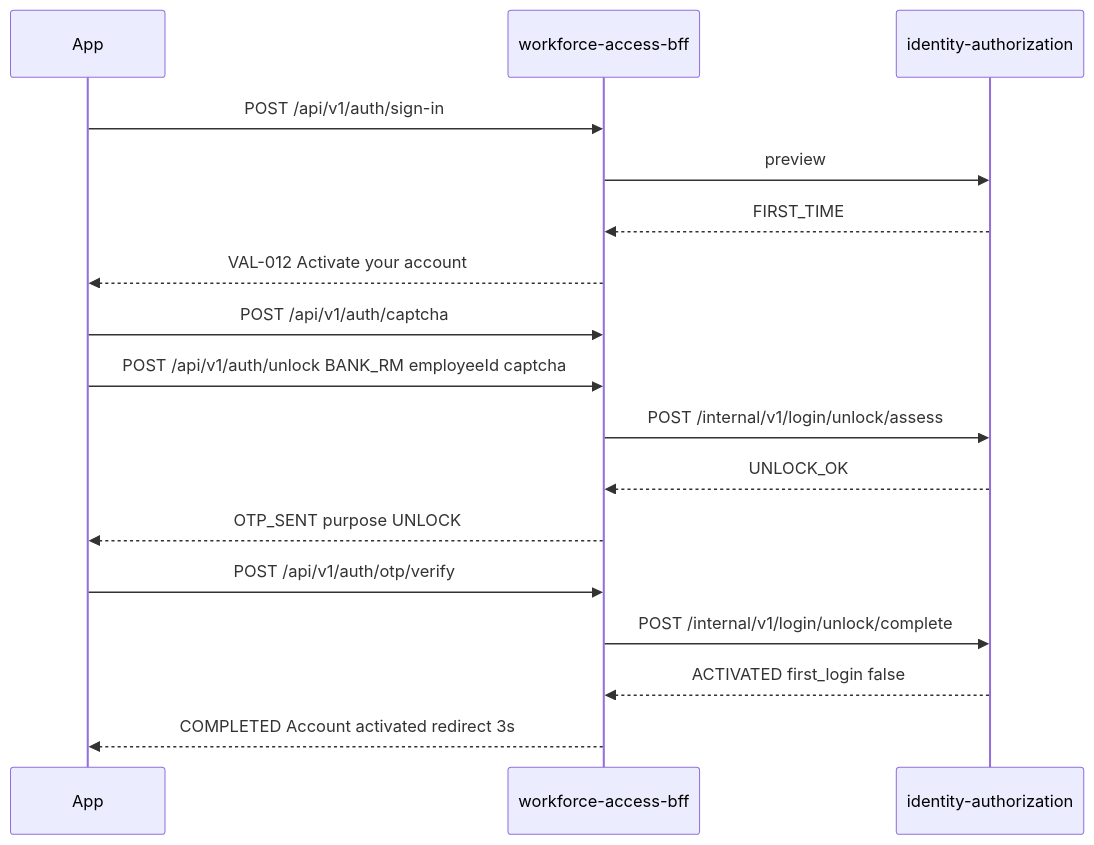
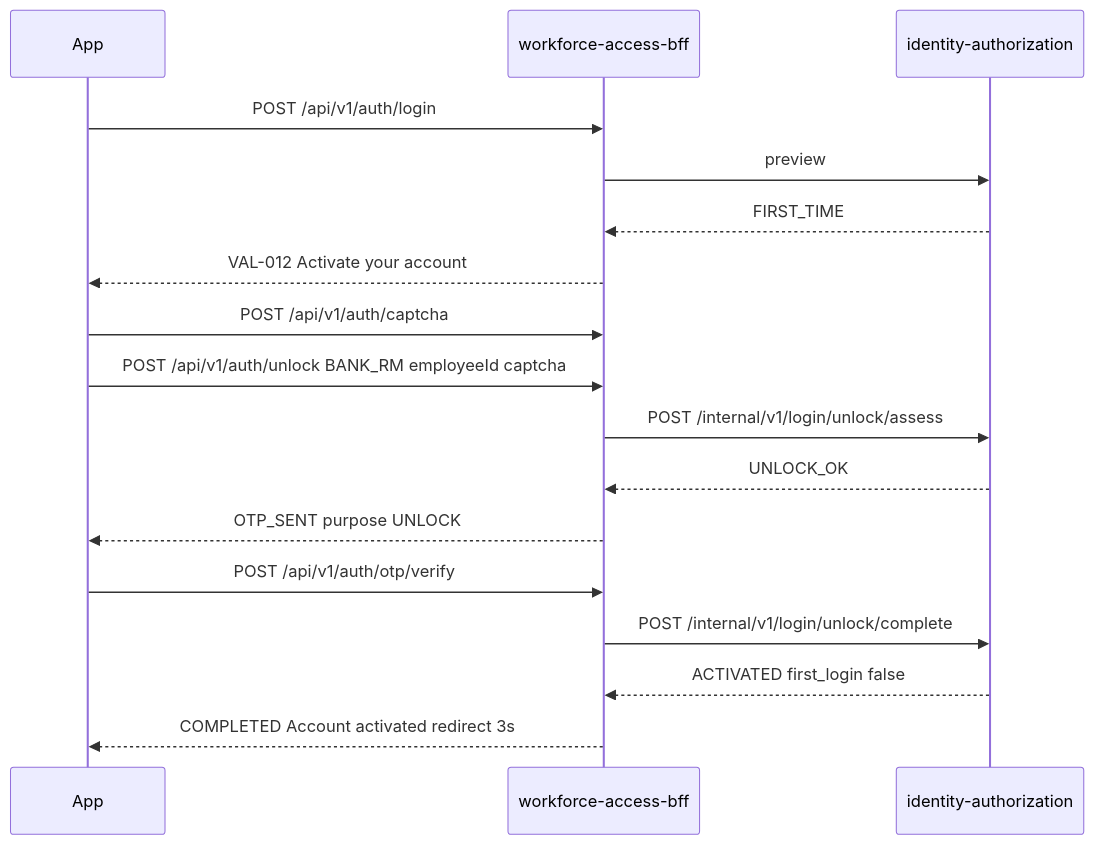
The fifth of 9 diagrams in docs/journey-execution/flows/LOGIN-BRD-V31-API-FLOWS.md (Mahesh38/bank-insurance-platform), drawn with Mermaid before and after one commit. The commit also changed other lines of this file and 29 other files, not shown here.

First line of the commit message:
SUG-20261028-1lg — one Login BRD auth surface (retire IAM-001 dual login) (#165)

````diff
--- a/docs/journey-execution/flows/LOGIN-BRD-V31-API-FLOWS.md
+++ b/docs/journey-execution/flows/LOGIN-BRD-V31-API-FLOWS.md
@@ -195,19 +196,19 @@
 ```mermaid
 sequenceDiagram
   participant App
   participant BFF as workforce-access-bff
   participant Authz as identity-authorization
-  App->>BFF: POST /api/v1/auth/sign-in
+  App->>BFF: POST /api/v1/auth/login
   BFF->>Authz: preview
   Authz-->>BFF: FIRST_TIME
   BFF-->>App: VAL-012 Activate your account
   App->>BFF: POST /api/v1/auth/captcha
   App->>BFF: POST /api/v1/auth/unlock BANK_RM employeeId captcha
   BFF->>Authz: POST /internal/v1/login/unlock/assess
   Authz-->>BFF: UNLOCK_OK
   BFF-->>App: OTP_SENT purpose UNLOCK
   App->>BFF: POST /api/v1/auth/otp/verify
   BFF->>Authz: POST /internal/v1/login/unlock/complete
   Authz-->>BFF: ACTIVATED first_login false
   BFF-->>App: COMPLETED Account activated redirect 3s
 ```
````
